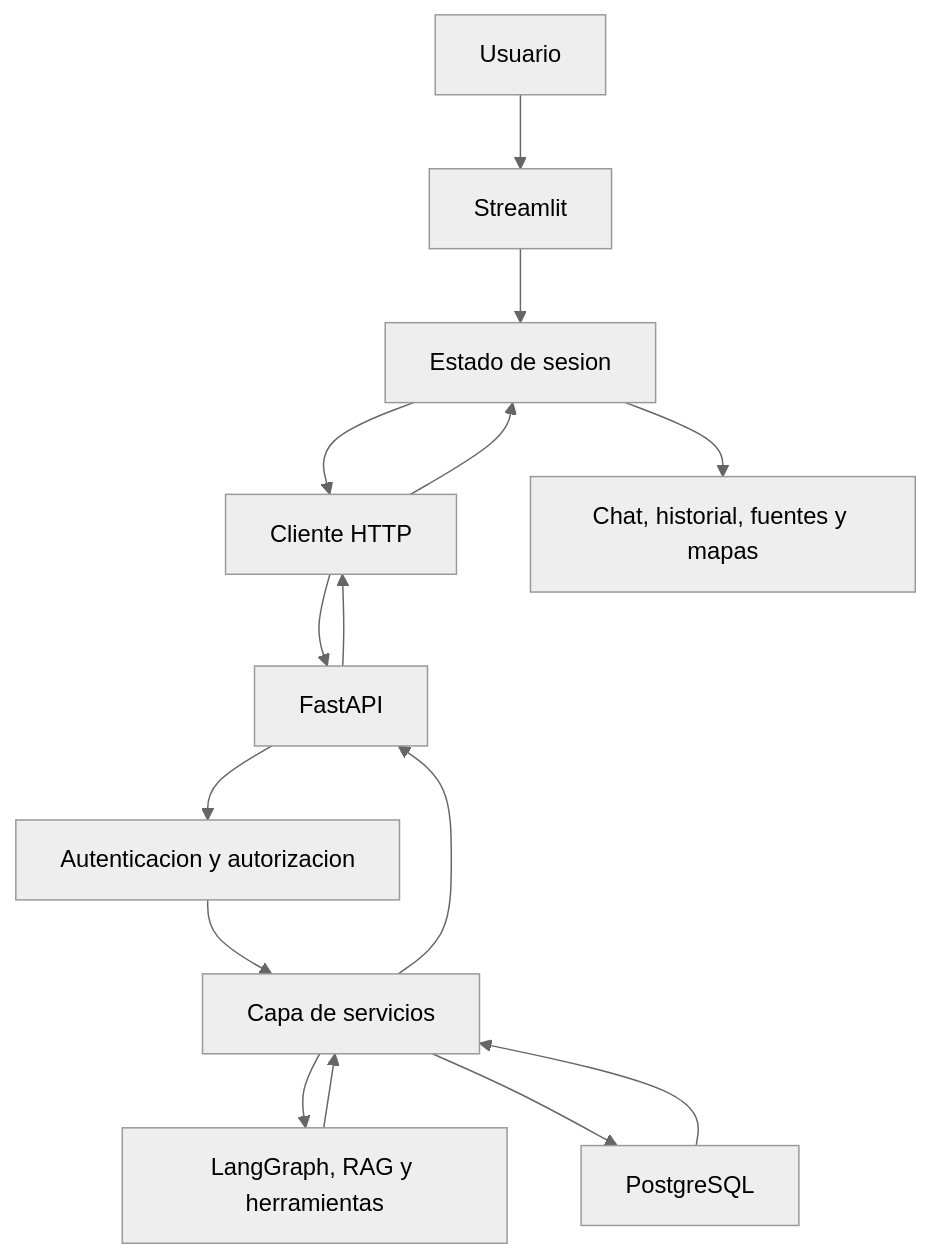
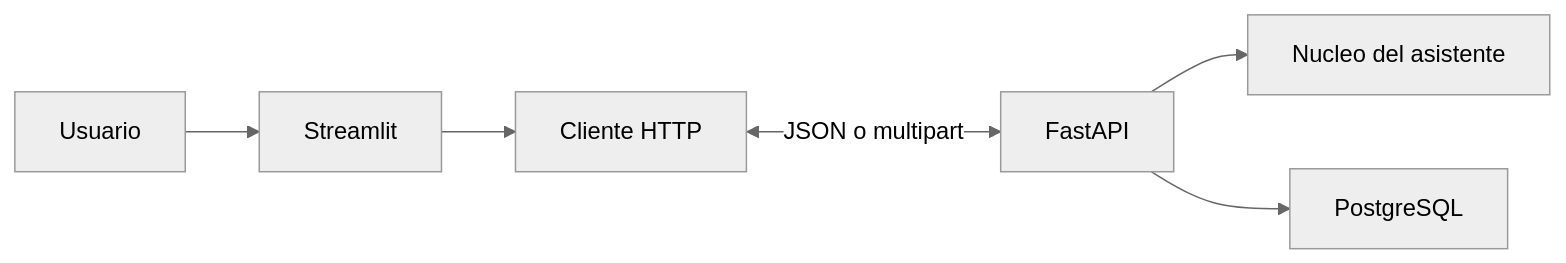
The diagram in specs/07-streamlit.md (alex-bometon/pb03_equipo18), drawn with Mermaid (neutral theme) before and after one commit. The commit also changed other lines of this file and 6 other files, not shown here.

````diff
--- a/specs/07-streamlit.md
+++ b/specs/07-streamlit.md
@@ -28,17 +13,8 @@
 ```mermaid
-flowchart TD
-    U[Usuario] --> UI[Streamlit]
-    UI --> S[Estado de sesion]
+flowchart LR
+    U[Usuario] --> S[Streamlit]
     S --> C[Cliente HTTP]
-    C --> B[FastAPI]
-    B --> A[Autenticacion y autorizacion]
-    A --> O[Capa de servicios]
-    O --> G[LangGraph, RAG y herramientas]
-    O --> P[PostgreSQL]
-    G --> O
-    P --> O
-    O --> B
-    B --> C
-    C --> S
-    S --> V[Chat, historial, fuentes y mapas]
+    C <-->|JSON o multipart| A[FastAPI]
+    A --> N[Nucleo del asistente]
+    A --> P[PostgreSQL]
 ```
````
